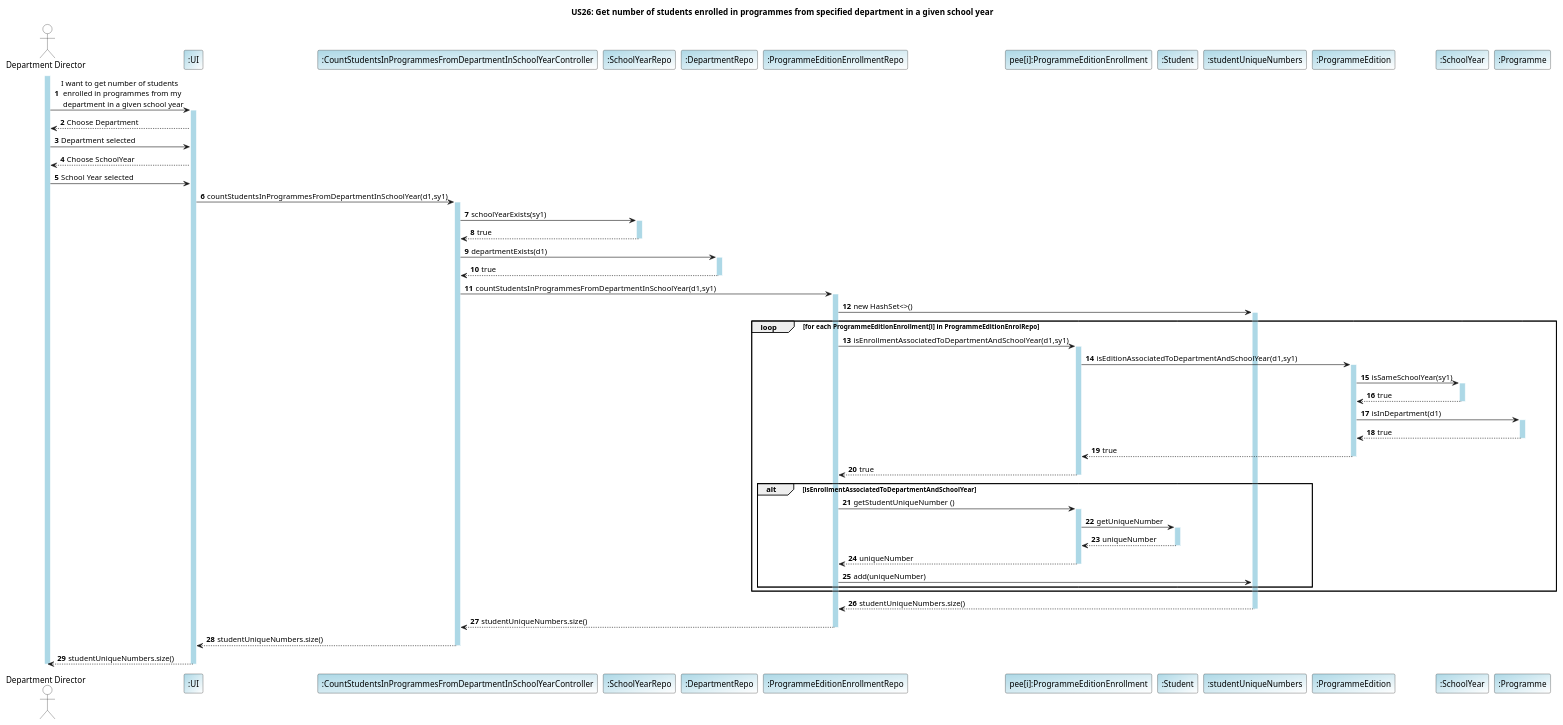
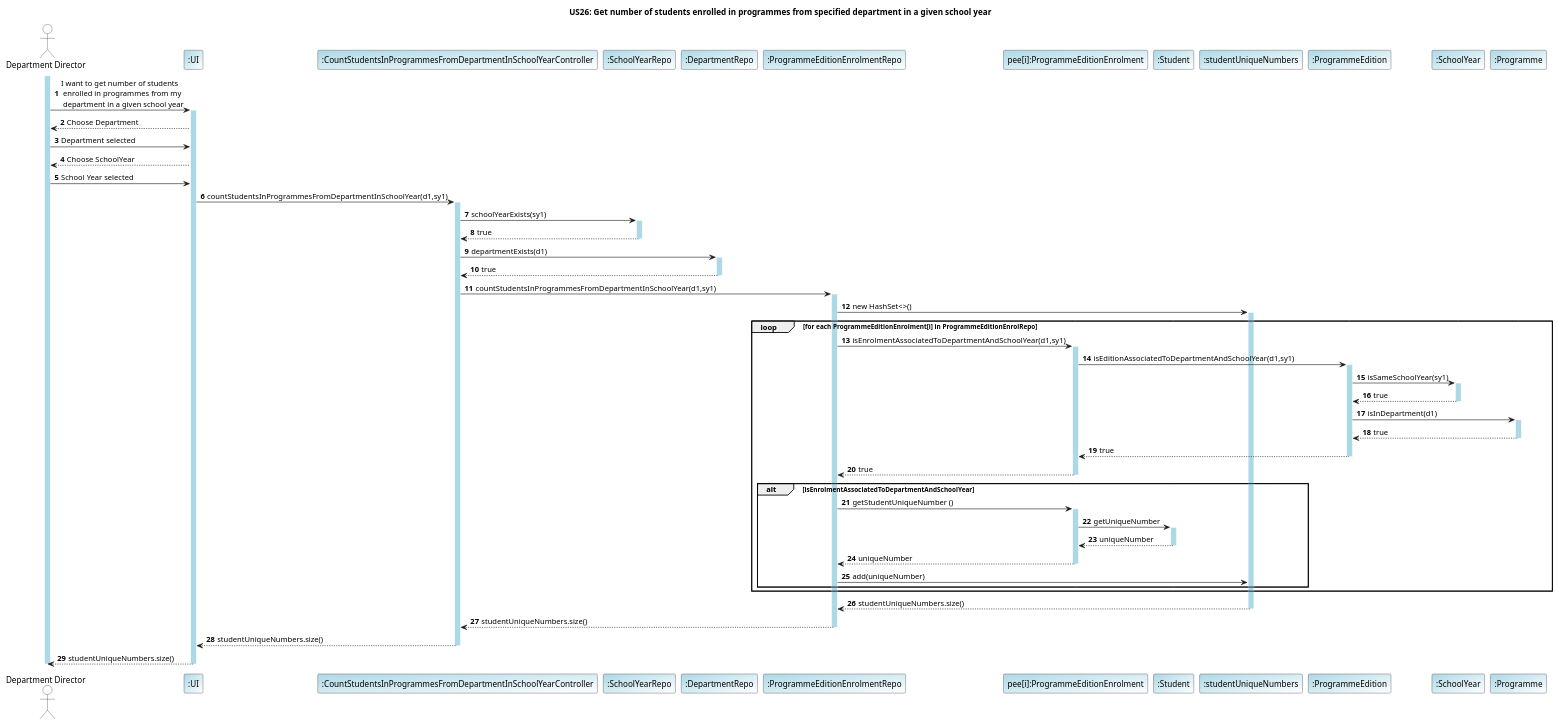
One commit to GasparISEP/DevOps-PAI changed the diagram in docs/US26/US26_getNumberOfStudentsInProgrammesFromSpecifiedDepartmentInGivenSchoolYear.puml. Above: the diagram before and after it, drawn with PlantUML.

Commit message:
Refactor US26 sequence diagram: rename "enrollment" to "enrolment", add autonumber to messages, update color scheme

```diff
--- a/docs/US26/US26_getNumberOfStudentsInProgrammesFromSpecifiedDepartmentInGivenSchoolYear.puml
+++ b/docs/US26/US26_getNumberOfStudentsInProgrammesFromSpecifiedDepartmentInGivenSchoolYear.puml
@@ -1,87 +1,87 @@
 @startuml
 
 title US26: Get number of students enrolled in programmes from specified department in a given school year
 autonumber
 skinparam sequence {
    LifelineBorderColor LigthBlue
    LifelineBackgroundColor LightBlue
  }
 
 actor "Department Director" as DepartmentDir #White
 participant ":UI" as UI #LightBlue/White
 participant ":CountStudentsInProgrammesFromDepartmentInSchoolYearController" as Controller #LightBlue/White
 participant ":SchoolYearRepo" as SchoolYearRepo #LightBlue/White
 participant ":DepartmentRepo" as DepartmentRepo #LightBlue/White
-participant ":ProgrammeEditionEnrollmentRepo" as ProgrammeEditionEnrolRepo #LightBlue/White
-participant "pee[i]:ProgrammeEditionEnrollment" as ProgrammeEditionEnrolment #LightBlue/White
+participant ":ProgrammeEditionEnrolmentRepo" as ProgrammeEditionEnrolRepo #LightBlue/White
+participant "pee[i]:ProgrammeEditionEnrolment" as ProgrammeEditionEnrolment #LightBlue/White
 participant ":Student" as Student #LightBlue/White
 participant ":studentUniqueNumbers" as StudentUniqueNumbers #LightBlue/White
 participant ":ProgrammeEdition" as ProgrammeEdition #LightBlue/White
 participant ":SchoolYear" as SchoolYear #LightBlue/White
 participant ":Programme" as Programme #LightBlue/White
 
 
 activate DepartmentDir
 DepartmentDir -> UI: I want to get number of students \n enrolled in programmes from my \n department in a given school year
 activate UI
 UI-->DepartmentDir: Choose Department
 DepartmentDir ->UI: Department selected
 UI --> DepartmentDir: Choose SchoolYear
 DepartmentDir ->UI: School Year selected
 
 UI-> Controller: countStudentsInProgrammesFromDepartmentInSchoolYear(d1,sy1)
 activate Controller
 Controller -> SchoolYearRepo: schoolYearExists(sy1)
 activate SchoolYearRepo
 SchoolYearRepo --> Controller: true
 deactivate SchoolYearRepo
 Controller -> DepartmentRepo: departmentExists(d1)
 activate DepartmentRepo
 DepartmentRepo-->Controller: true
 deactivate DepartmentRepo
 Controller -> ProgrammeEditionEnrolRepo: countStudentsInProgrammesFromDepartmentInSchoolYear(d1,sy1)
 activate ProgrammeEditionEnrolRepo
 
 ProgrammeEditionEnrolRepo -> StudentUniqueNumbers: new HashSet<>()
 activate StudentUniqueNumbers
-loop for each ProgrammeEditionEnrollment[i] in ProgrammeEditionEnrolRepo
-ProgrammeEditionEnrolRepo ->ProgrammeEditionEnrolment :isEnrollmentAssociatedToDepartmentAndSchoolYear(d1,sy1)
+loop for each ProgrammeEditionEnrolment[i] in ProgrammeEditionEnrolRepo
+ProgrammeEditionEnrolRepo ->ProgrammeEditionEnrolment :isEnrolmentAssociatedToDepartmentAndSchoolYear(d1,sy1)
 activate ProgrammeEditionEnrolment
 ProgrammeEditionEnrolment -> ProgrammeEdition: isEditionAssociatedToDepartmentAndSchoolYear(d1,sy1)
 activate ProgrammeEdition
 ProgrammeEdition->SchoolYear: isSameSchoolYear(sy1)
 activate SchoolYear
 SchoolYear -->ProgrammeEdition: true
 deactivate SchoolYear
 ProgrammeEdition->Programme: isInDepartment(d1)
 activate Programme
 Programme-->ProgrammeEdition:true
 deactivate Programme
 ProgrammeEdition-->ProgrammeEditionEnrolment: true
 deactivate ProgrammeEdition
 ProgrammeEditionEnrolment-->ProgrammeEditionEnrolRepo: true
 deactivate ProgrammeEditionEnrolment
-alt isEnrollmentAssociatedToDepartmentAndSchoolYear
+alt isEnrolmentAssociatedToDepartmentAndSchoolYear
 ProgrammeEditionEnrolRepo -> ProgrammeEditionEnrolment: getStudentUniqueNumber ()
 activate ProgrammeEditionEnrolment
 ProgrammeEditionEnrolment -> Student:getUniqueNumber
 activate Student
 Student -->ProgrammeEditionEnrolment: uniqueNumber
 deactivate Student
 ProgrammeEditionEnrolment --> ProgrammeEditionEnrolRepo: uniqueNumber
 deactivate ProgrammeEditionEnrolment
 ProgrammeEditionEnrolRepo -> StudentUniqueNumbers: add(uniqueNumber)
 end
 end
 StudentUniqueNumbers --> ProgrammeEditionEnrolRepo: studentUniqueNumbers.size()
 deactivate StudentUniqueNumbers
 ProgrammeEditionEnrolRepo-->Controller: studentUniqueNumbers.size()
 deactivate ProgrammeEditionEnrolRepo
 Controller --> UI:  studentUniqueNumbers.size()
 deactivate Controller
 UI-->DepartmentDir: studentUniqueNumbers.size()
 deactivate DepartmentDir
 deactivate UI
 
 
 @enduml
```
